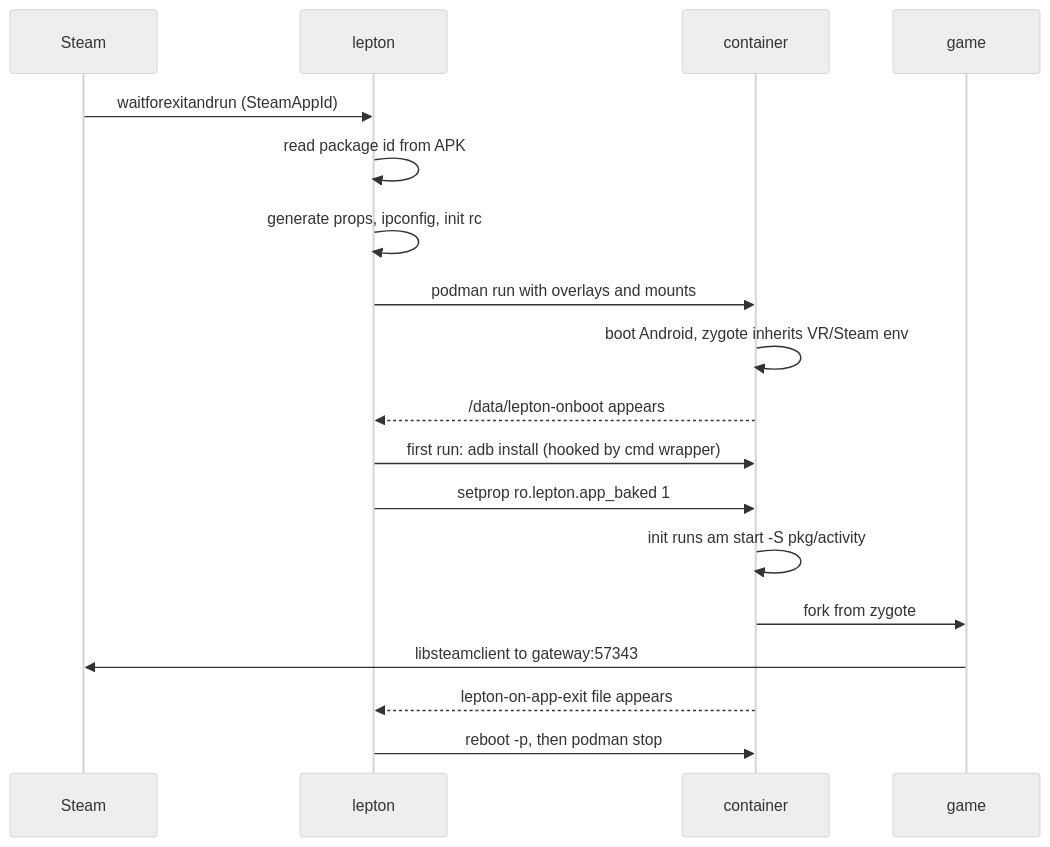
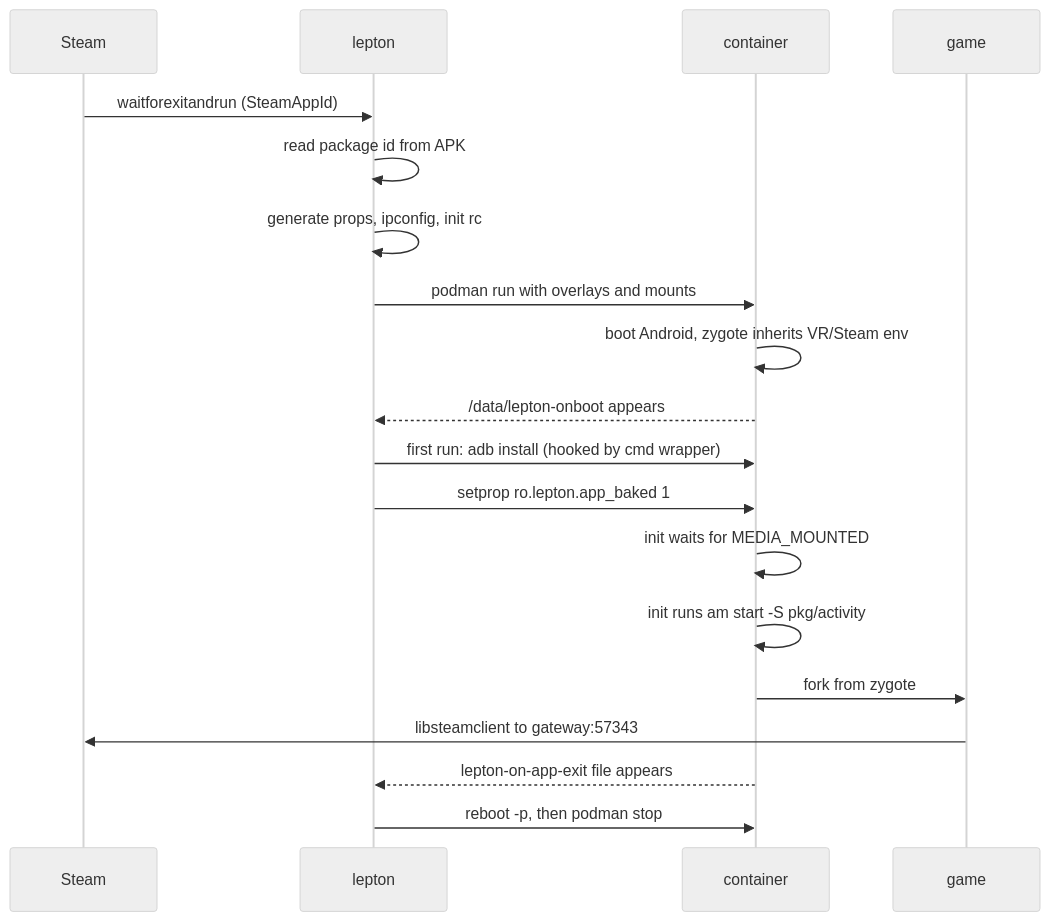
Before and after one commit to utzcoz/utzcoz.github.io: the second of 4 diagrams in _posts/2026-09-04-steam-frame-lepton-architecture.md, drawn with Mermaid (neutral theme). The commit also changed other lines of this file, not shown here.

````diff
--- a/_posts/2026-09-04-steam-frame-lepton-architecture.md
+++ b/_posts/2026-09-04-steam-frame-lepton-architecture.md
@@ -188,21 +190,22 @@
 ```mermaid
 sequenceDiagram
     participant S as Steam
     participant L as lepton
     participant C as container
     participant G as game
 
     S->>L: waitforexitandrun (SteamAppId)
     L->>L: read package id from APK
     L->>L: generate props, ipconfig, init rc
     L->>C: podman run with overlays and mounts
     C->>C: boot Android, zygote inherits VR/Steam env
     C-->>L: /data/lepton-onboot appears
     L->>C: first run: adb install (hooked by cmd wrapper)
     L->>C: setprop ro.lepton.app_baked 1
+    C->>C: init waits for MEDIA_MOUNTED
     C->>C: init runs am start -S pkg/activity
     C->>G: fork from zygote
     G->>S: libsteamclient to gateway:57343
     C-->>L: lepton-on-app-exit file appears
     L->>C: reboot -p, then podman stop
 ```
````
